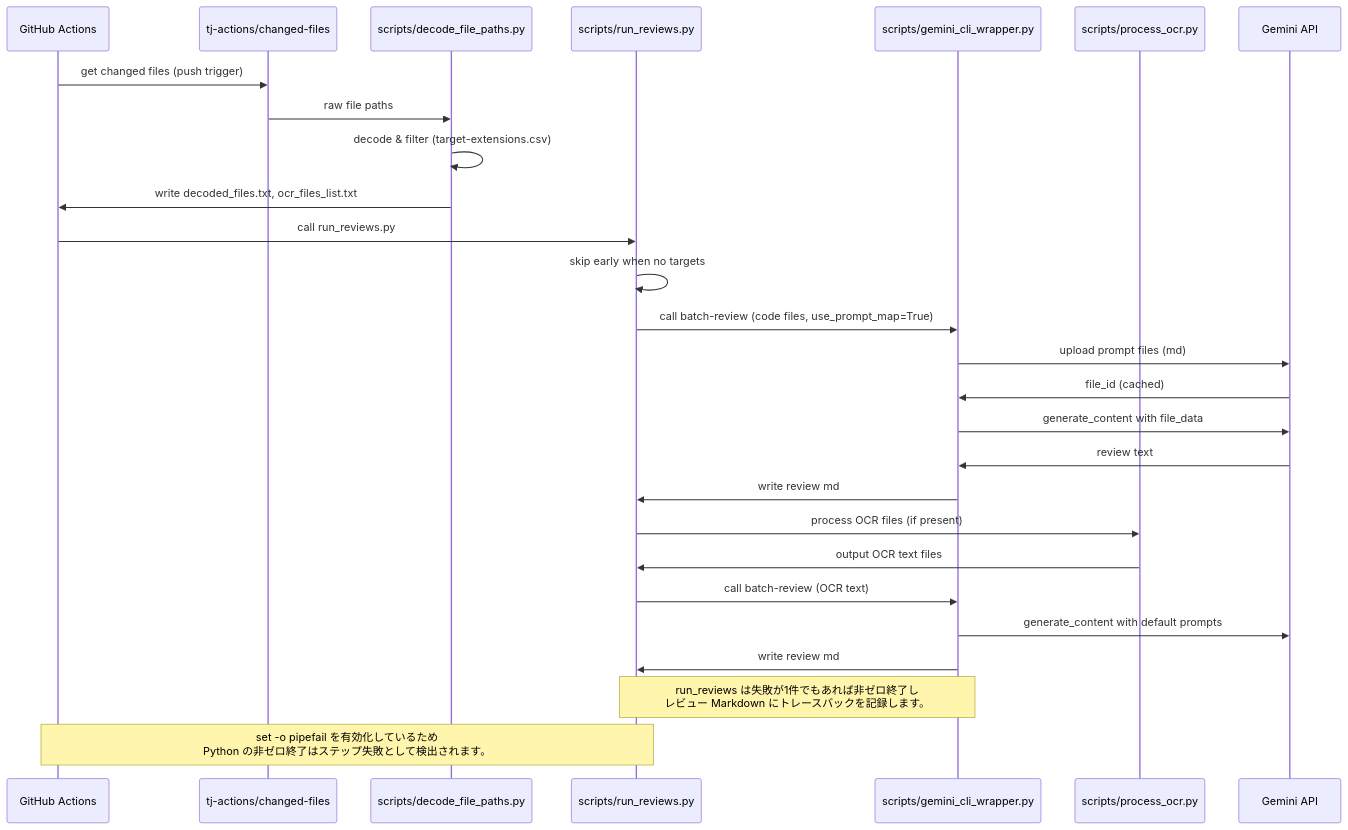
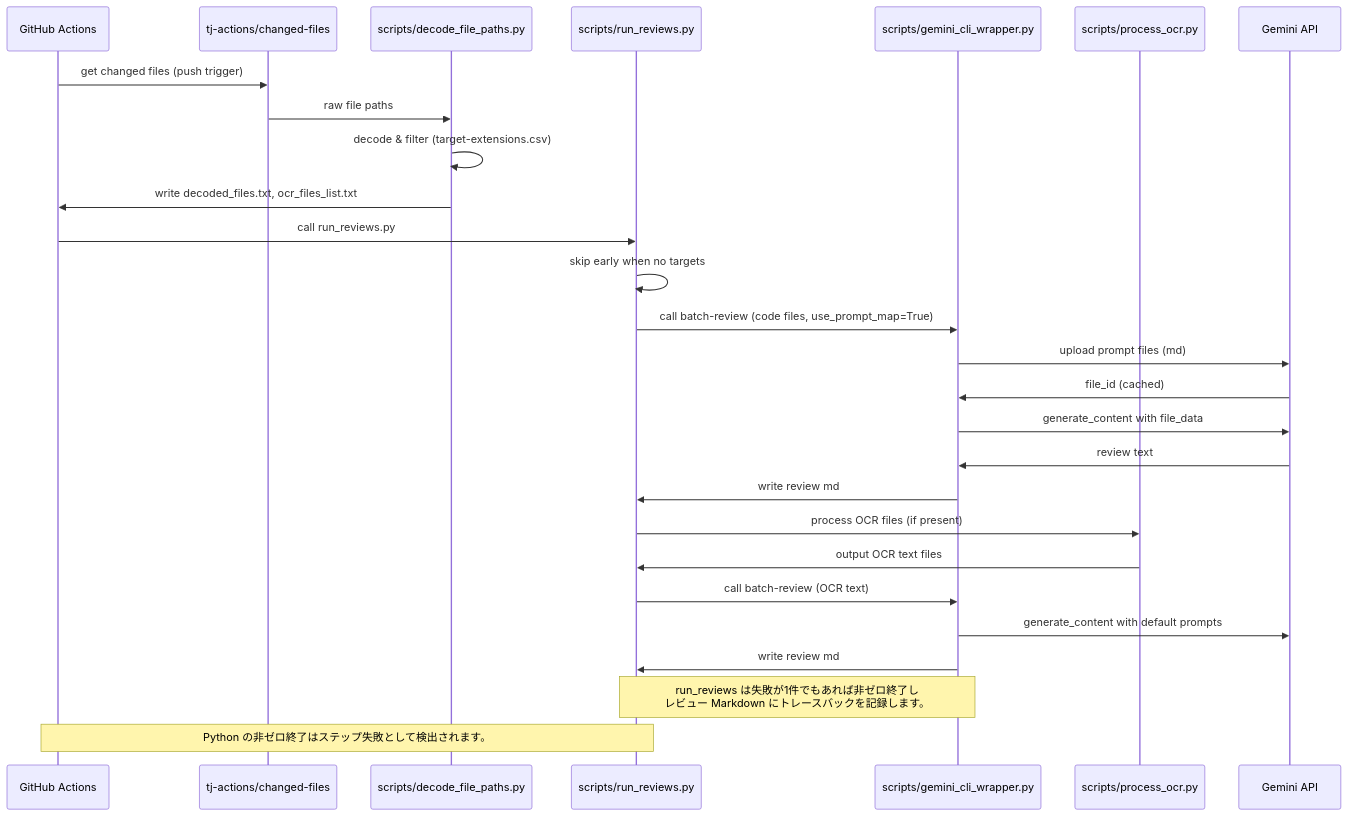
One commit to m-Inmoat/review-automation changed the second of 2 diagrams in manual/review_system_diagram.md. Above: the diagram before and after it, drawn with Mermaid. The commit also changed other lines of this file, not shown here.

First line of the commit message:
Refine review system diagram documentation

````diff
--- a/manual/review_system_diagram.md
+++ b/manual/review_system_diagram.md
@@ -48,33 +41,33 @@
 ```mermaid
 sequenceDiagram
     participant GH as GitHub Actions
     participant CF as tj-actions/changed-files
     participant DEC as scripts/decode_file_paths.py
     participant RUN as scripts/run_reviews.py
     participant GEM as scripts/gemini_cli_wrapper.py
     participant OCR as scripts/process_ocr.py
     participant API as Gemini API
 
     GH->>CF: get changed files (push trigger)
     CF->>DEC: raw file paths
     DEC->>DEC: decode & filter (target-extensions.csv)
     DEC->>GH: write decoded_files.txt, ocr_files_list.txt
 
     GH->>RUN: call run_reviews.py
     RUN->>RUN: skip early when no targets
     RUN->>GEM: call batch-review (code files, use_prompt_map=True)
     GEM->>API: upload prompt files (md)
     API->>GEM: file_id (cached)
     GEM->>API: generate_content with file_data
     API->>GEM: review text
     GEM->>RUN: write review md
 
     RUN->>OCR: process OCR files (if present)
     OCR->>RUN: output OCR text files
     RUN->>GEM: call batch-review (OCR text)
     GEM->>API: generate_content with default prompts
     GEM->>RUN: write review md
 
     Note over RUN,GEM: run_reviews は失敗が1件でもあれば非ゼロ終了し<br/>レビュー Markdown にトレースバックを記録します。
-    Note over GH,RUN: set -o pipefail を有効化しているため<br/>Python の非ゼロ終了はステップ失敗として検出されます。
+    Note over GH,RUN: Python の非ゼロ終了はステップ失敗として検出されます。
 ```
````
